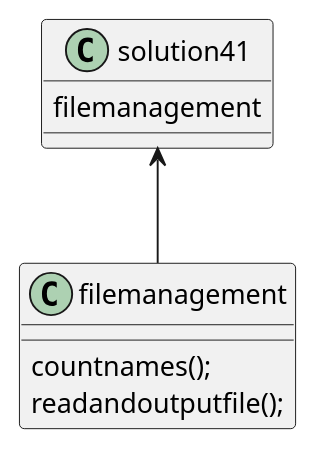
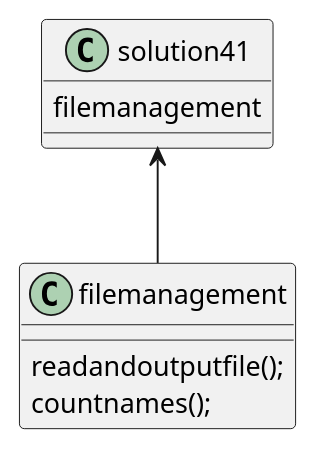
Before and after one commit to anthonyisadulting/Banaag-COP-3330-assignment3: the diagram in src/main/java/ex41/base/sol41uml.puml, drawn with PlantUML. The commit also changed other lines of this file and 24 other files, not shown here.

```diff
--- a/src/main/java/ex41/base/sol41uml.puml
+++ b/src/main/java/ex41/base/sol41uml.puml
@@ -1,18 +1,18 @@
 @startuml
 'https://plantuml.com/class-diagram
 
 solution41 <-- filemanagement
 
 class solution41{
 filemanagement
 
 
 }
 
 class filemanagement{
+readandoutputfile();
 countnames();
-readandoutputfile();
 
 
 }
 @enduml
```
